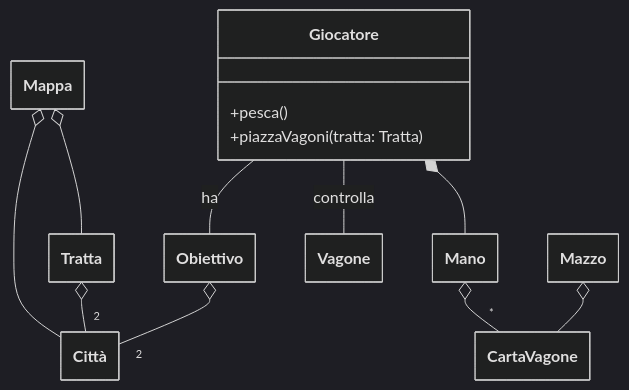
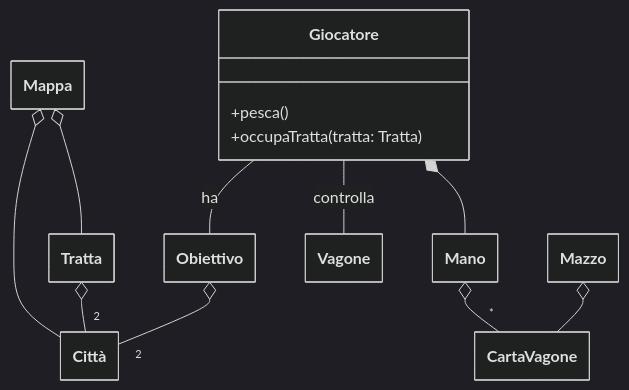
Before and after one commit to FilippoPracucci/PPS-24-ttr-scala: the first of 3 diagrams in docs/report/requirement_specification.md, drawn with Mermaid (dark theme). The commit also changed other lines of this file and 19 other files, not shown here.

Commit message:
docs: add architectural design, update requirement specification and minor fixes in design and impl

````diff
--- a/docs/report/requirement_specification.md
+++ b/docs/report/requirement_specification.md
@@ -46,21 +46,21 @@
 ```mermaid
 ---
 config:
   class:
     hideEmptyMembersBox: true
 ---
 classDiagram
     class Giocatore{
      +pesca()
-     +piazzaVagoni(tratta: Tratta)
+     +occupaTratta(tratta: Tratta)
     }
     Mappa o-- Città
     Mappa o-- Tratta
     Tratta o-- "2" Città
     Obiettivo o-- "2" Città
     Giocatore -- Obiettivo : ha
     Giocatore *-- Mano
     Giocatore -- Vagone : controlla
     Mano o-- "*" CartaVagone
     Mazzo o-- CartaVagone
 ```
````
